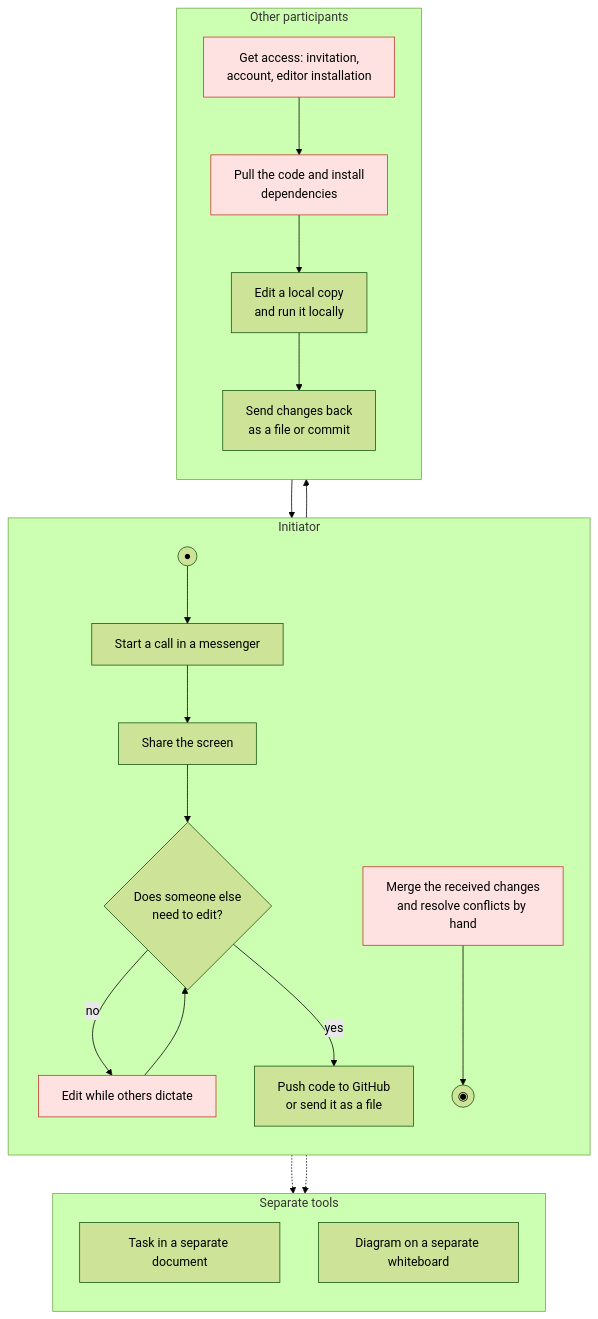
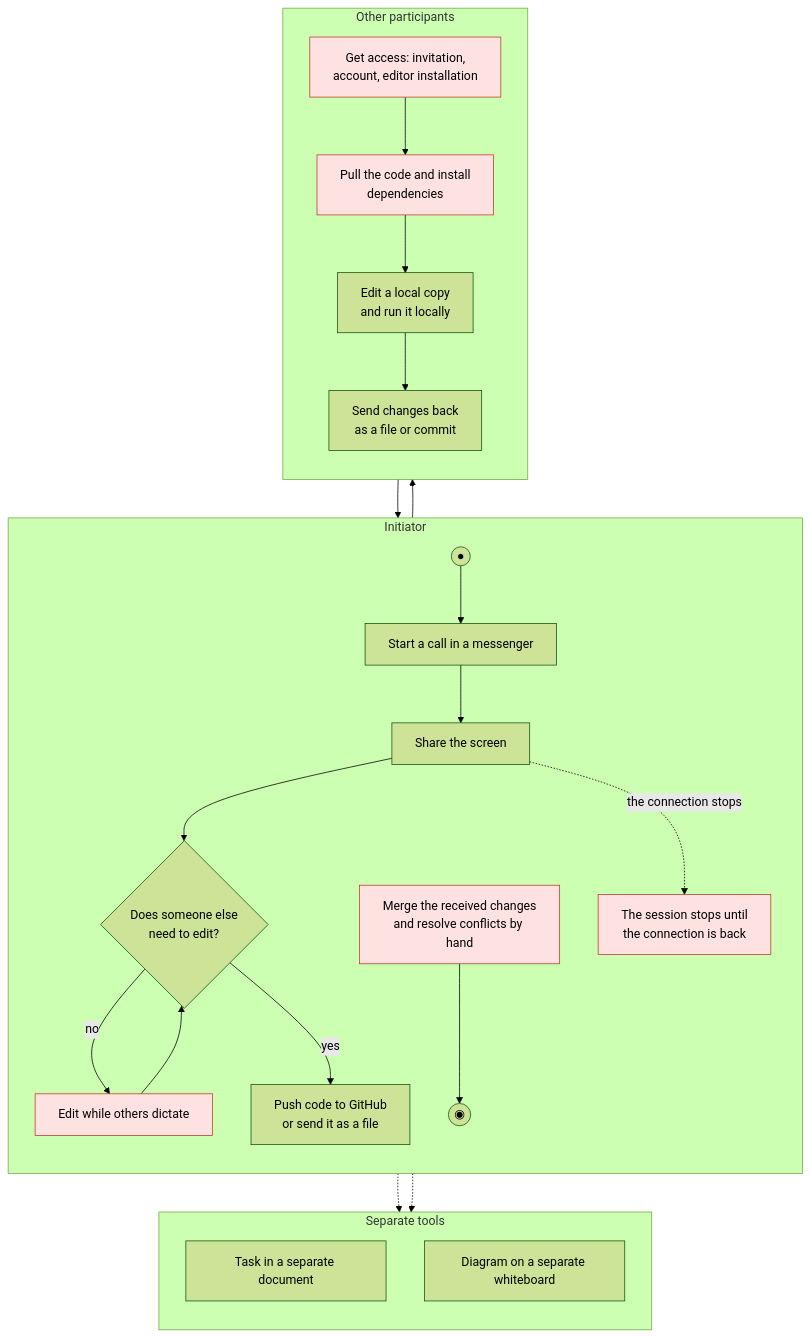
One commit to oCMEXo/my-Diplom changed the diagram in docs/ba/diagrams/asis.mmd. Above: the diagram before and after it, drawn with Mermaid (forest theme). The commit also changed 16 other files, not shown here.

```diff
--- a/docs/ba/diagrams/asis.mmd
+++ b/docs/ba/diagrams/asis.mmd
@@ -1,28 +1,29 @@
 flowchart TB
   subgraph I["Initiator"]
     direction TB
     s((●)) --> a1[Start a call in a messenger]
     a1 --> a2[Share the screen]
     a2 --> d1{Does someone else<br>need to edit?}
     d1 -- no --> a3[Edit while others dictate]
     a3 --> d1
     d1 -- yes --> a4[Push code to GitHub<br>or send it as a file]
     a9[Merge the received changes<br>and resolve conflicts by hand] --> e((◉))
+    a2 -. the connection stops .-> a10[The session stops until<br>the connection is back]
   end
   subgraph P["Other participants"]
     direction TB
     b1[Get access: invitation,<br>account, editor installation] --> b2[Pull the code and install<br>dependencies]
     b2 --> b3[Edit a local copy<br>and run it locally]
     b3 --> b4[Send changes back<br>as a file or commit]
   end
   subgraph T["Separate tools"]
     direction TB
     c1[Task in a separate document]
     c2[Diagram on a separate whiteboard]
   end
   a4 --> b1
   b4 --> a9
   a2 -.-> c1
   a2 -.-> c2
   classDef loss fill:#fde2e1,stroke:#c0392b,color:#000
-  class b1,b2,a9,a3 loss
+  class b1,b2,a9,a3,a10 loss
```
